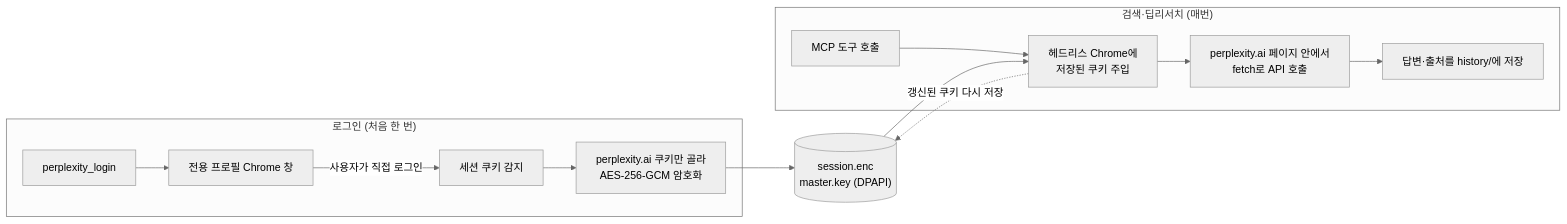
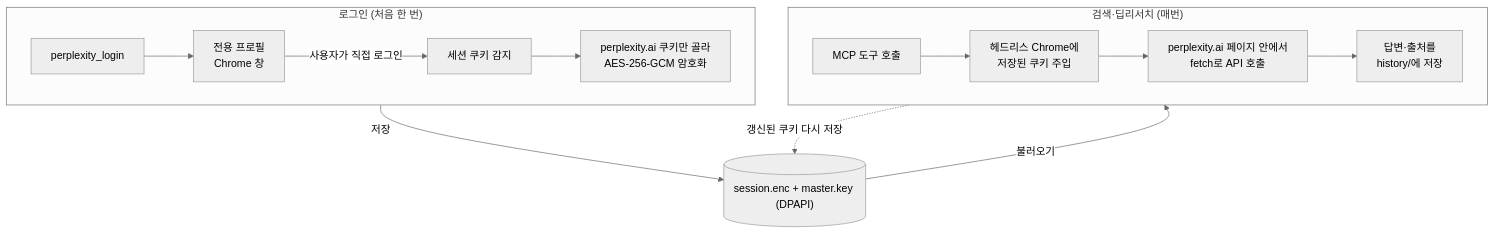
Before and after one commit to cyKim0115/Perplexity-MCP: the diagram in README.md, drawn with Mermaid (neutral theme).

Commit message:
문서 - README 세션 흐름 다이어그램 세로 배치로 정리

````diff
--- a/README.md
+++ b/README.md
@@ -44,16 +44,19 @@
 ```mermaid
-flowchart LR
+flowchart TB
   subgraph L["로그인 (처음 한 번)"]
-    A["perplexity_login"] --> B["전용 프로필 Chrome 창"]
+    direction LR
+    A["perplexity_login"] --> B["전용 프로필<br/>Chrome 창"]
     B -->|"사용자가 직접 로그인"| C["세션 쿠키 감지"]
     C --> D["perplexity.ai 쿠키만 골라<br/>AES-256-GCM 암호화"]
   end
-  D --> S[("session.enc<br/>master.key (DPAPI)")]
+  S[("session.enc + master.key (DPAPI)")]
   subgraph R["검색·딥리서치 (매번)"]
+    direction LR
     F["MCP 도구 호출"] --> G["헤드리스 Chrome에<br/>저장된 쿠키 주입"]
     G --> H["perplexity.ai 페이지 안에서<br/>fetch로 API 호출"]
-    H --> I["답변·출처를 history/에 저장"]
+    H --> I["답변·출처를<br/>history/에 저장"]
   end
-  S --> G
-  G -. "갱신된 쿠키 다시 저장" .-> S
+  L -- "저장" --> S
+  S -- "불러오기" --> R
+  R -. "갱신된 쿠키 다시 저장" .-> S
 ```
````
